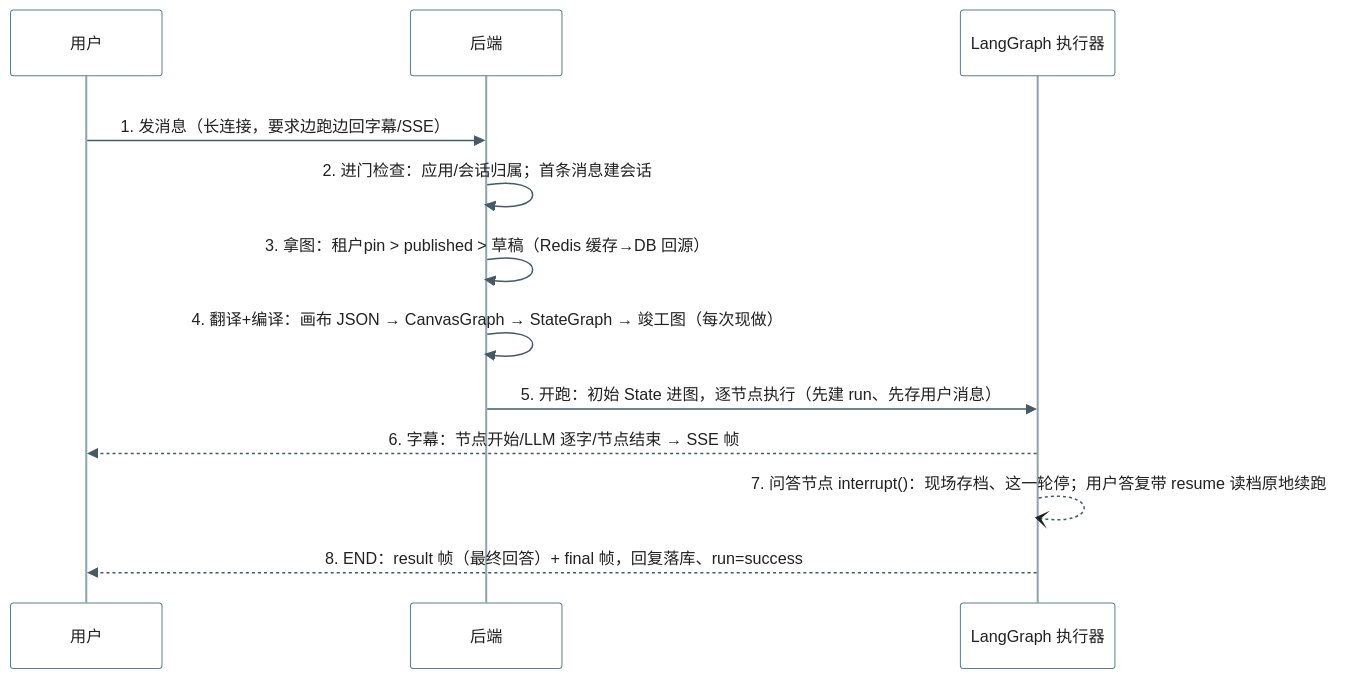
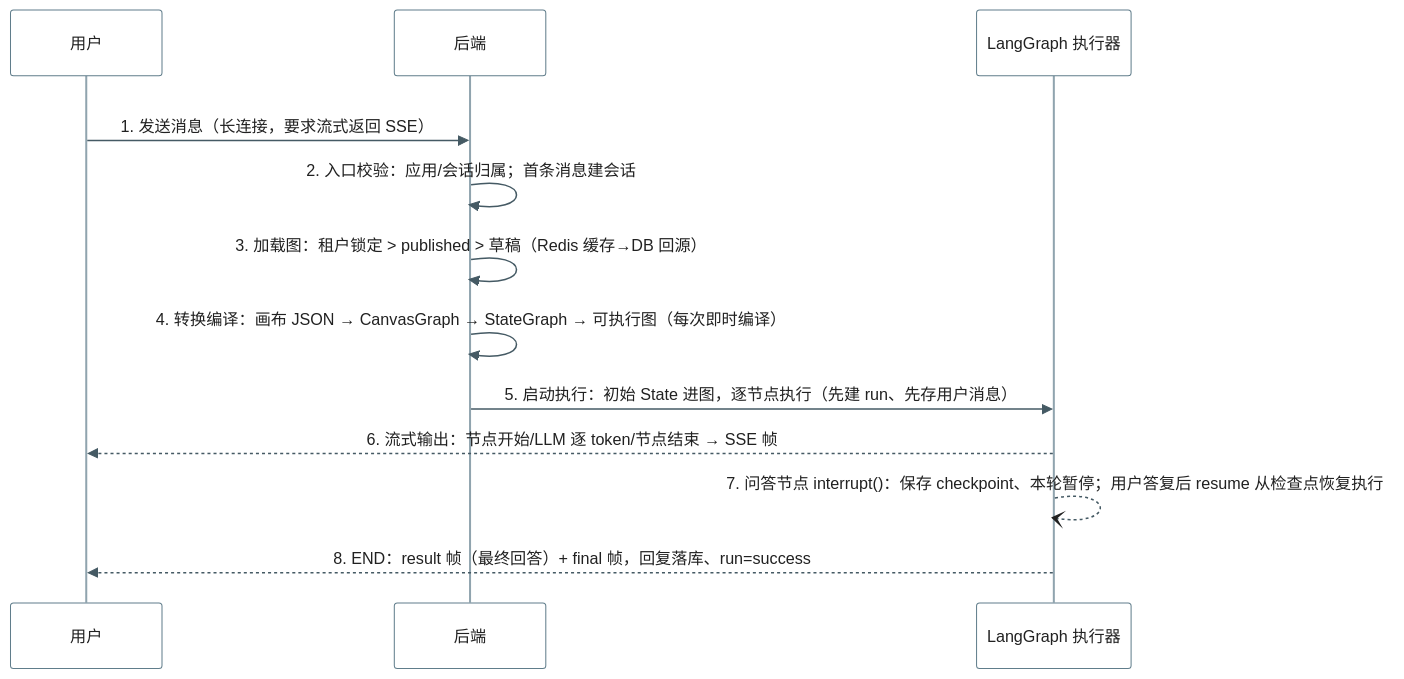
The fourth of 5 diagrams in docs/canvas-save-run-sequence.md (miragesky2049/boxia-agent), drawn with Mermaid before and after one commit. The commit also changed other lines of this file and 136 other files, not shown here.

````diff
--- a/docs/canvas-save-run-sequence.md
+++ b/docs/canvas-save-run-sequence.md
@@ -392,17 +390,17 @@
 ```mermaid
 %%{init: {'theme':'base','themeVariables':{'background':'#ffffff','primaryColor':'#ffffff','primaryTextColor':'#212121','primaryBorderColor':'#607d8b','lineColor':'#546e7a','textColor':'#212121','actorBkg':'#ffffff','actorBorder':'#607d8b','actorTextColor':'#212121','actorLineColor':'#90a4ae','signalColor':'#455a64','signalTextColor':'#212121','labelBoxBkgColor':'#eceff1','labelBoxBorderColor':'#607d8b','labelTextColor':'#212121','loopTextColor':'#212121','noteBkgColor':'#fff9c4','noteBorderColor':'#f9a825','noteTextColor':'#212121','sequenceNumberColor':'#ffffff'}}}%%
 sequenceDiagram
     participant U as 用户
     participant B as 后端
     participant G as LangGraph 执行器
     rect rgb(255,255,255)
-    U->>B: 1. 发消息（长连接，要求边跑边回字幕/SSE）
-    B->>B: 2. 进门检查：应用/会话归属；首条消息建会话
-    B->>B: 3. 拿图：租户pin > published > 草稿（Redis 缓存→DB 回源）
-    B->>B: 4. 翻译+编译：画布 JSON → CanvasGraph → StateGraph → 竣工图（每次现做）
-    B->>G: 5. 开跑：初始 State 进图，逐节点执行（先建 run、先存用户消息）
-    G-->>U: 6. 字幕：节点开始/LLM 逐字/节点结束 → SSE 帧
-    G--)G: 7. 问答节点 interrupt()：现场存档、这一轮停；用户答复带 resume 读档原地续跑
+    U->>B: 1. 发送消息（长连接，要求流式返回 SSE）
+    B->>B: 2. 入口校验：应用/会话归属；首条消息建会话
+    B->>B: 3. 加载图：租户锁定 > published > 草稿（Redis 缓存→DB 回源）
+    B->>B: 4. 转换编译：画布 JSON → CanvasGraph → StateGraph → 可执行图（每次即时编译）
+    B->>G: 5. 启动执行：初始 State 进图，逐节点执行（先建 run、先存用户消息）
+    G-->>U: 6. 流式输出：节点开始/LLM 逐 token/节点结束 → SSE 帧
+    G--)G: 7. 问答节点 interrupt()：保存 checkpoint、本轮暂停；用户答复后 resume 从检查点恢复执行
     G-->>U: 8. END：result 帧（最终回答）+ final 帧，回复落库、run=success
     end
 ```
````
